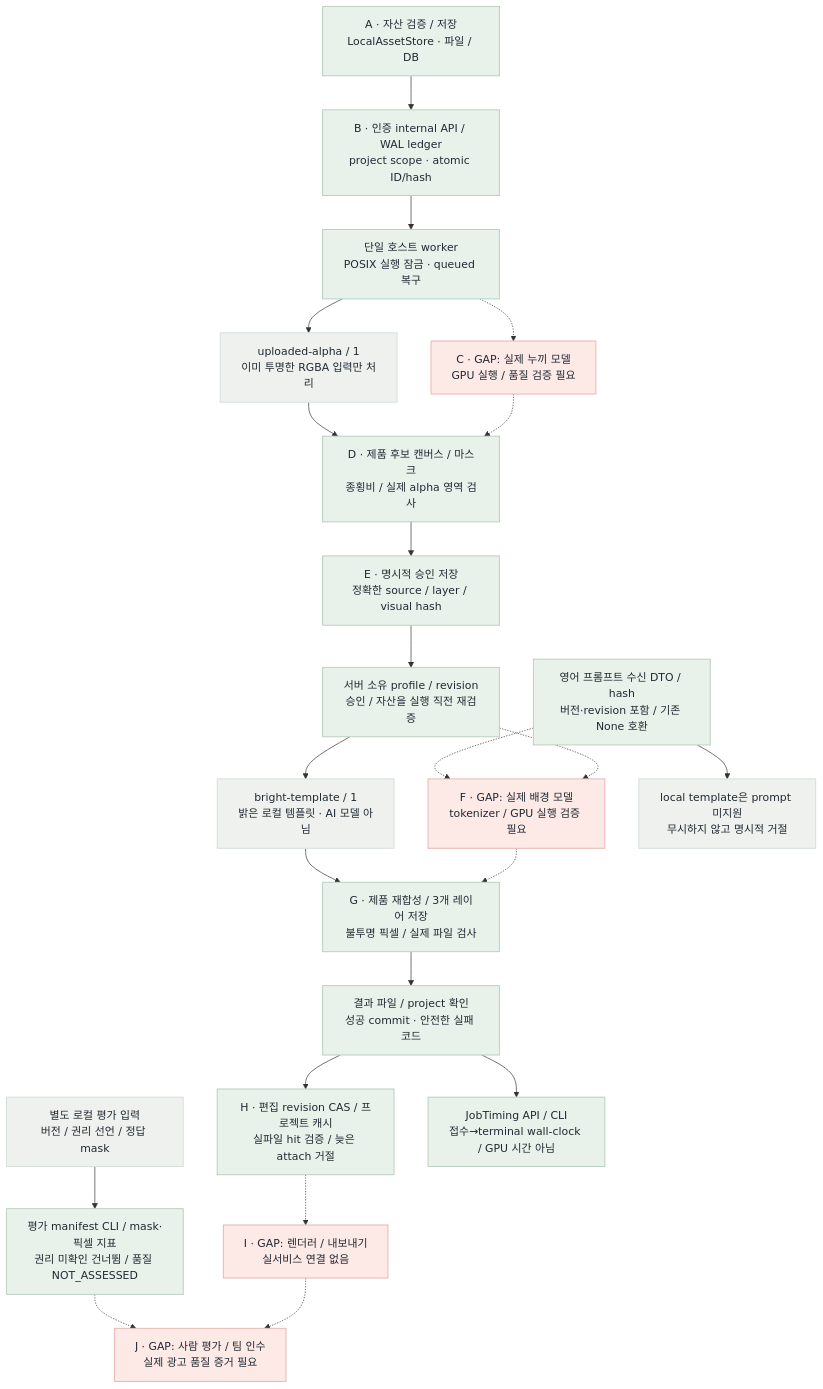
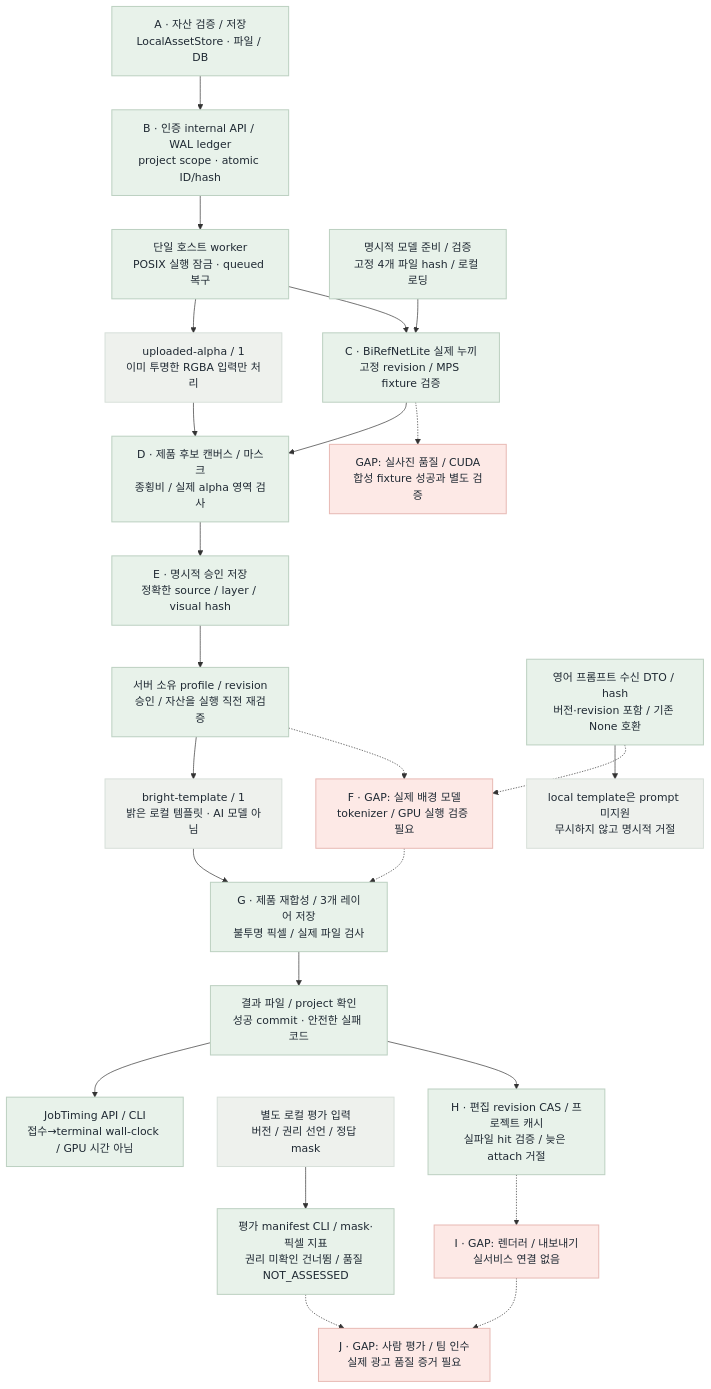
Before and after one commit to uyt5041-lab/beauty-ai-models: the second of 2 diagrams in fivecircles/architecture/spec/image-runtime-flow.md, drawn with Mermaid. The commit also changed other lines of this file and 27 other files, not shown here.

Commit message:
feat: run pinned BiRefNet cutout locally with verified model files

````diff
--- a/fivecircles/architecture/spec/image-runtime-flow.md
+++ b/fivecircles/architecture/spec/image-runtime-flow.md
@@ -39,36 +39,40 @@
 ```mermaid
 flowchart TB
     A["A · 자산 검증 / 저장<br/>LocalAssetStore · 파일 / DB"]:::green
     B["B · 인증 internal API / WAL ledger<br/>project scope · atomic ID/hash"]:::green
     W["단일 호스트 worker<br/>POSIX 실행 잠금 · queued 복구"]:::green
     U["uploaded-alpha / 1<br/>이미 투명한 RGBA 입력만 처리"]:::gray
-    C["C · GAP: 실제 누끼 모델<br/>GPU 실행 / 품질 검증 필요"]:::red
+    C["C · BiRefNetLite 실제 누끼<br/>고정 revision / MPS fixture 검증"]:::green
     D["D · 제품 후보 캔버스 / 마스크<br/>종횡비 / 실제 alpha 영역 검사"]:::green
     E["E · 명시적 승인 저장<br/>정확한 source / layer / visual hash"]:::green
     P["서버 소유 profile / revision<br/>승인 / 자산을 실행 직전 재검증"]:::green
     T["bright-template / 1<br/>밝은 로컬 템플릿 · AI 모델 아님"]:::gray
     F["F · GAP: 실제 배경 모델<br/>tokenizer / GPU 실행 검증 필요"]:::red
     G["G · 제품 재합성 / 3개 레이어 저장<br/>불투명 픽셀 / 실제 파일 검사"]:::green
     R["결과 파일 / project 확인<br/>성공 commit · 안전한 실패 코드"]:::green
     H["H · 편집 revision CAS / 프로젝트 캐시<br/>실파일 hit 검증 / 늦은 attach 거절"]:::green
     I["I · GAP: 렌더러 / 내보내기<br/>실서비스 연결 없음"]:::red
     J["J · GAP: 사람 평가 / 팀 인수<br/>실제 광고 품질 증거 필요"]:::red
     Q["영어 프롬프트 수신 DTO / hash<br/>버전·revision 포함 / 기존 None 호환"]:::green
     X["local template은 prompt 미지원<br/>무시하지 않고 명시적 거절"]:::gray
     V["별도 로컬 평가 입력<br/>버전 / 권리 선언 / 정답 mask"]:::gray
     K["평가 manifest CLI / mask·픽셀 지표<br/>권리 미확인 건너뜀 / 품질 NOT_ASSESSED"]:::green
     L["JobTiming API / CLI<br/>접수→terminal wall-clock / GPU 시간 아님"]:::green
     V --> K -.-> J
     R --> L
     Q --> X
     Q -.-> F
     A --> B --> W --> U --> D --> E --> P --> T --> G --> R
-    W -.-> C -.-> D
+    S["명시적 모델 준비 / 검증<br/>고정 4개 파일 hash / 로컬 로딩"]:::green
+    N["GAP: 실사진 품질 / CUDA<br/>합성 fixture 성공과 별도 검증"]:::red
+    S --> C
+    W --> C --> D
+    C -.-> N
     P -.-> F -.-> G
     R --> H -.-> I -.-> J
 classDef green fill:#e8f2ea,stroke:#bdd1c2,color:#1f2933,stroke-width:1.5px
 classDef blue fill:#e8f0f7,stroke:#c2d3e0,color:#1f2933,stroke-width:1.5px
 classDef amber fill:#fff4dc,stroke:#e7c88f,color:#1f2933,stroke-width:1.5px
 classDef red fill:#fde9e6,stroke:#e8bab5,color:#1f2933,stroke-width:1.5px
 classDef gray fill:#eef1ed,stroke:#d8e0da,color:#1f2933,stroke-width:1.5px
 ```
````
